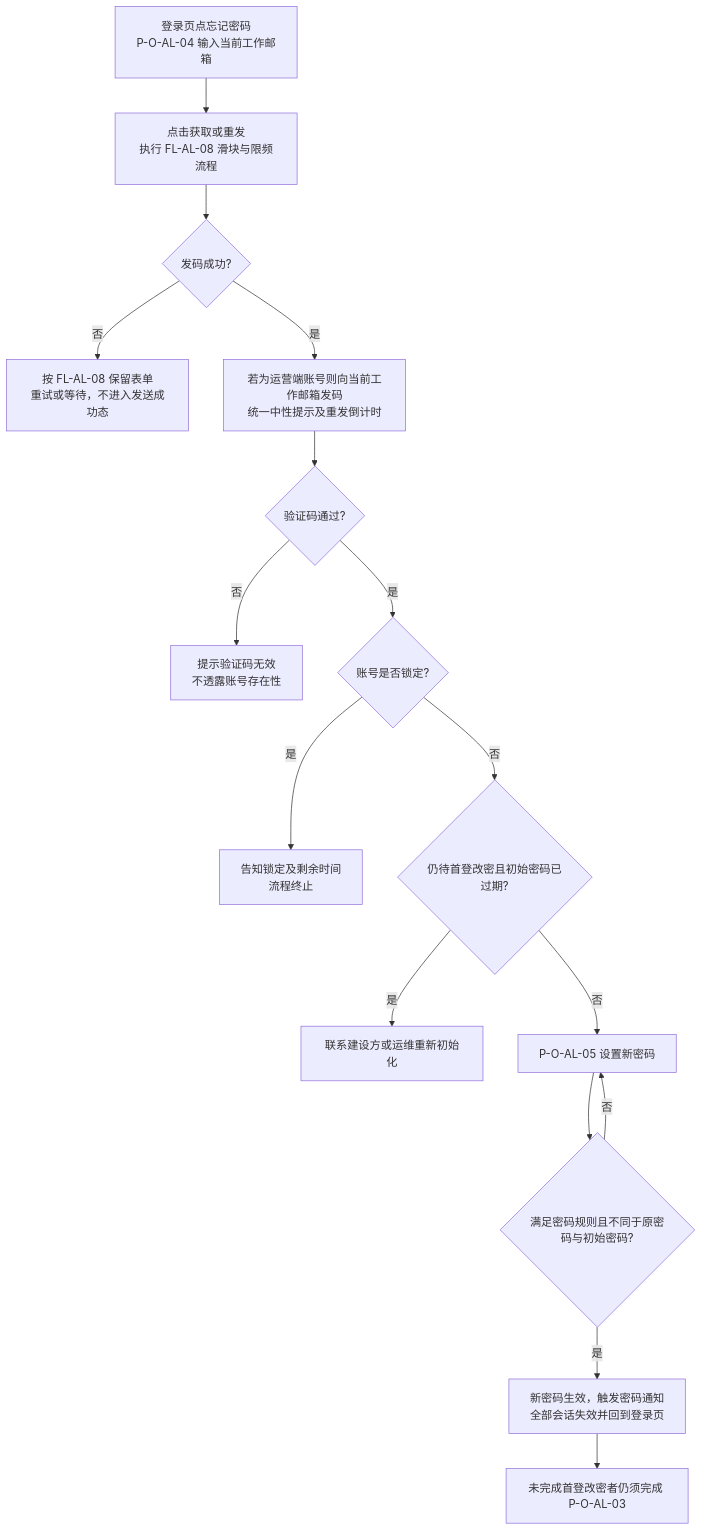
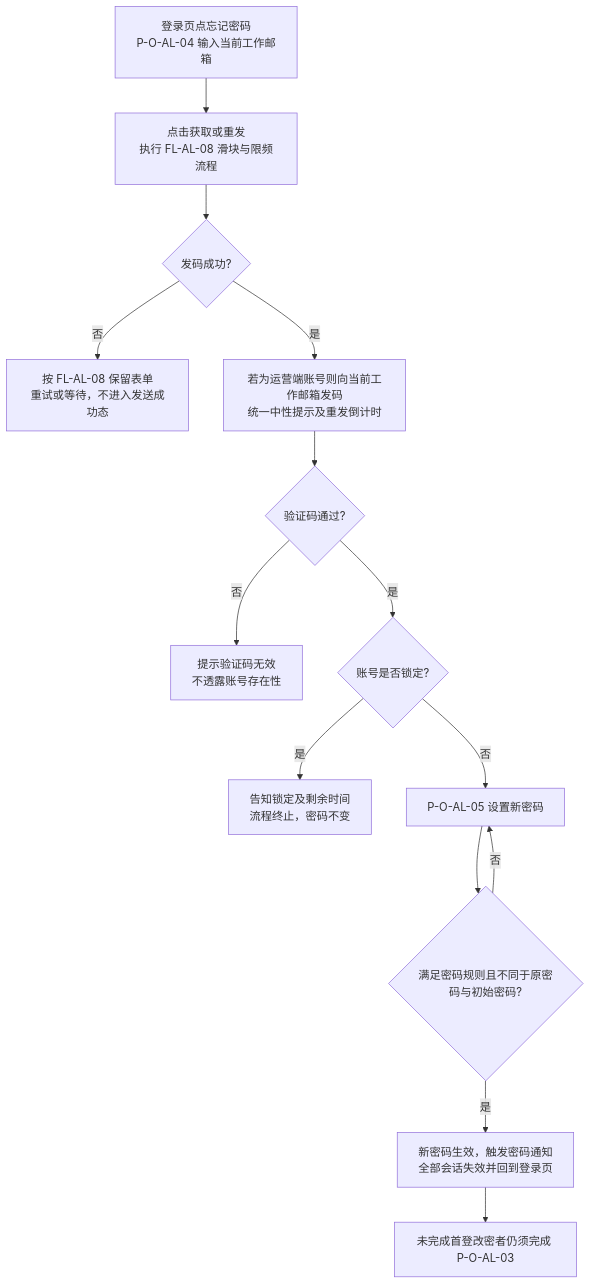
Before and after one commit to wxblockchain/Chain-Financing: the third of 10 diagrams in lending-platform/PRD/运营端/01-运营端账户与登录/02-运营端账户与登录-流程图与状态机.md, drawn with Mermaid. The commit also changed other lines of this file and 11 other files, not shown here.

````diff
--- a/lending-platform/PRD/运营端/01-运营端账户与登录/02-运营端账户与登录-流程图与状态机.md
+++ b/lending-platform/PRD/运营端/01-运营端账户与登录/02-运营端账户与登录-流程图与状态机.md
@@ -64,18 +62,16 @@
 ```mermaid
 flowchart TD
     A["登录页点忘记密码<br/>P-O-AL-04 输入当前工作邮箱"] --> B["点击获取或重发<br/>执行 FL-AL-08 滑块与限频流程"]
     B --> D{"发码成功?"}
     D -->|否| E["按 FL-AL-08 保留表单<br/>重试或等待，不进入发送成功态"]
     D -->|是| F["若为运营端账号则向当前工作邮箱发码<br/>统一中性提示及重发倒计时"]
     F --> G{"验证码通过?"}
     G -->|否| H["提示验证码无效<br/>不透露账号存在性"]
     G -->|是| I{"账号是否锁定?"}
-    I -->|是| J["告知锁定及剩余时间<br/>流程终止"]
-    I -->|否| Q{"仍待首登改密且初始密码已过期?"}
-    Q -->|是| R["联系建设方或运维重新初始化"]
-    Q -->|否| K["P-O-AL-05 设置新密码"]
+    I -->|是| J["告知锁定及剩余时间<br/>流程终止，密码不变"]
+    I -->|否| K["P-O-AL-05 设置新密码"]
     K --> L{"满足密码规则且不同于原密码与初始密码?"}
     L -->|否| K
     L -->|是| M["新密码生效，触发密码通知<br/>全部会话失效并回到登录页"]
     M --> N["未完成首登改密者仍须完成 P-O-AL-03"]
 ```
````
